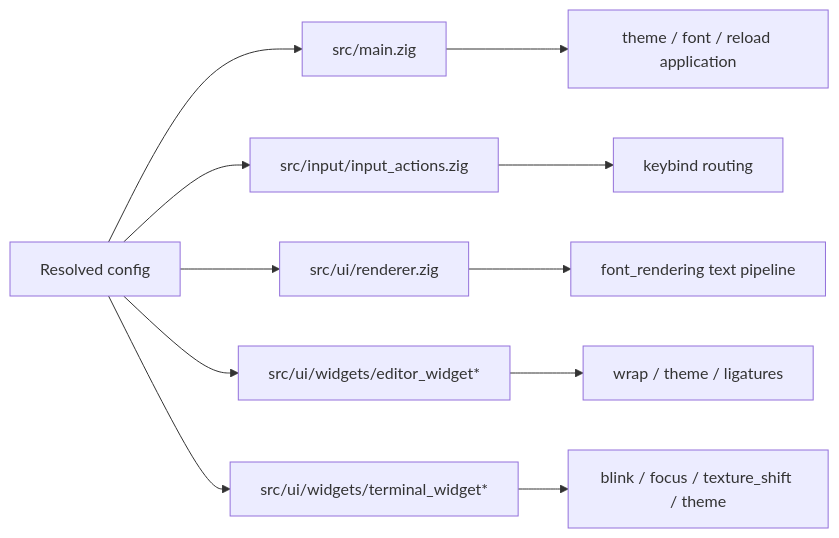
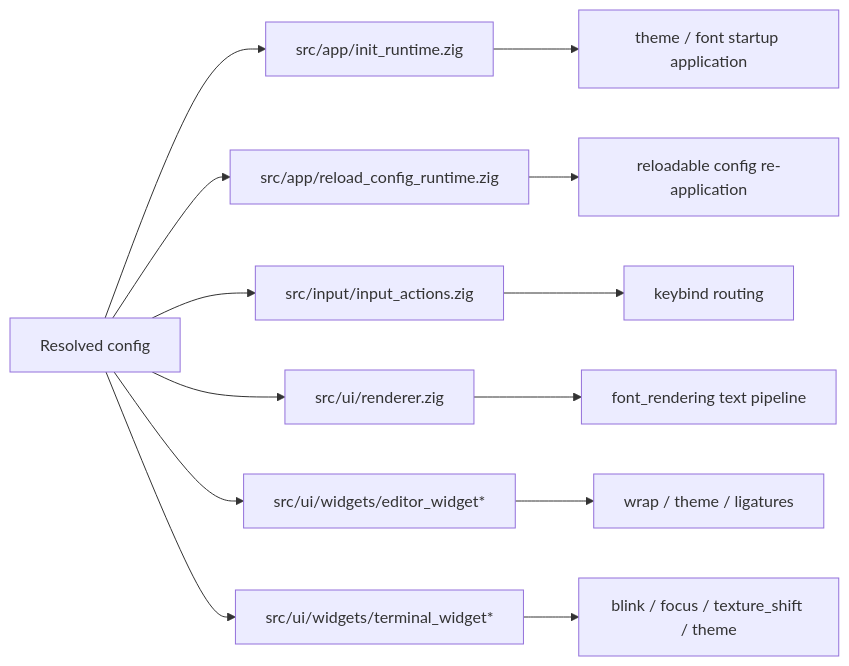
Before and after one commit to LaurenceGuws/Zide: the third of 4 diagrams in app_architecture/CONFIG.md, drawn with Mermaid. The commit also changed other lines of this file and 14 other files, not shown here.

Commit message:
Tighten config font bootstrap and reload

````diff
--- a/app_architecture/CONFIG.md
+++ b/app_architecture/CONFIG.md
@@ -74,14 +110,16 @@
 ```mermaid
 flowchart LR
-    Resolved[Resolved config] --> Main[src/main.zig]
+    Resolved[Resolved config] --> Startup[src/app/init_runtime.zig]
+    Resolved[Resolved config] --> Reload[src/app/reload_config_runtime.zig]
     Resolved --> Router[src/input/input_actions.zig]
     Resolved --> Renderer[src/ui/renderer.zig]
     Resolved --> Editor[src/ui/widgets/editor_widget*]
     Resolved --> Terminal[src/ui/widgets/terminal_widget*]
 
-    Main --> ThemeApply[theme / font / reload application]
+    Startup --> ThemeApply[theme / font startup application]
+    Reload --> ReloadApply[reloadable config re-application]
     Router --> Keybinds[keybind routing]
     Renderer --> TextCfg[font_rendering text pipeline]
     Editor --> EditorOpts[wrap / theme / ligatures]
     Terminal --> TerminalOpts[blink / focus / texture_shift / theme]
 ```
````
